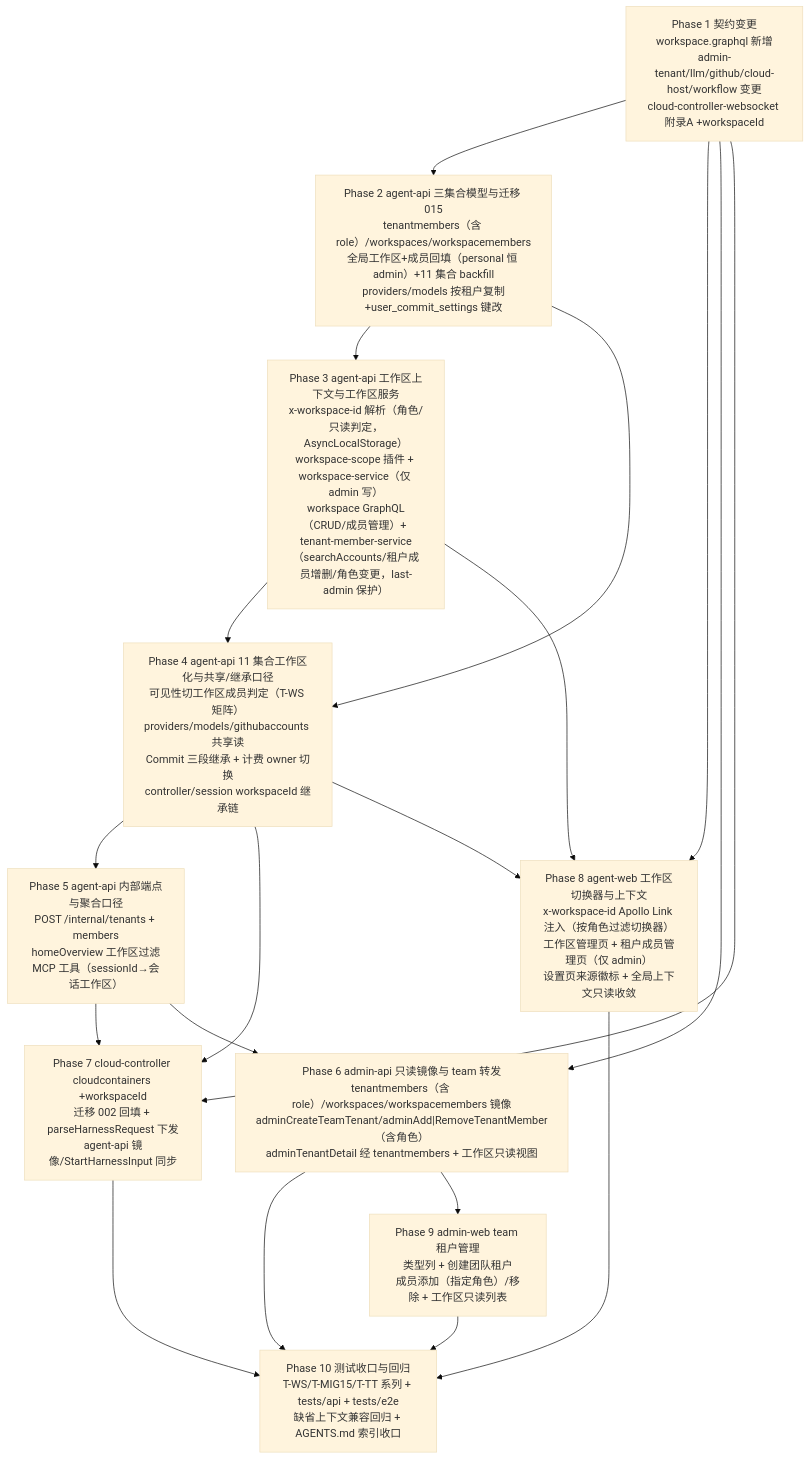
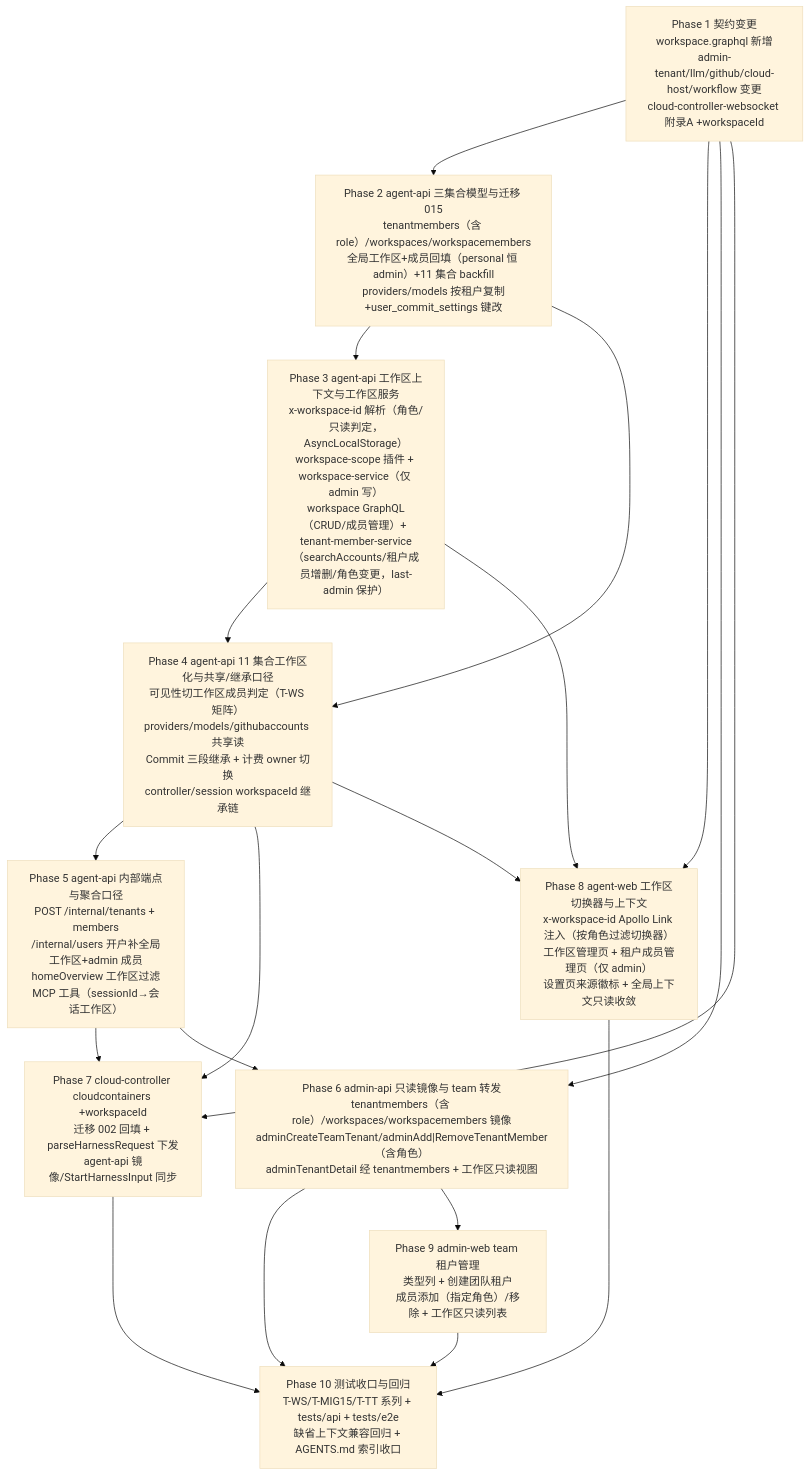
The diagram in docs/engineering/plan/20261028-feat-multi-tenant-phase2.md (Deliay/z-agent-gear), drawn with Mermaid (base theme) before and after one commit. The commit also changed other lines of this file and 1 other file, not shown here.

Commit message:
docs(plan): 多租户二期实现计划 v1.2——补强新开户运行时初始化（全局工作区+admin 成员）、providers/models 无 scope 行同口径复制、成员/角色变更审计留痕、失效工作区前端回退

````diff
--- a/docs/engineering/plan/20261028-feat-multi-tenant-phase2.md
+++ b/docs/engineering/plan/20261028-feat-multi-tenant-phase2.md
@@ -22,22 +23,22 @@
 ```mermaid
 flowchart TD
     P1["Phase 1 契约变更<br/>workspace.graphql 新增<br/>admin-tenant/llm/github/cloud-host/workflow 变更<br/>cloud-controller-websocket 附录A +workspaceId"] --> P2
     P1 --> P8
     P2["Phase 2 agent-api 三集合模型与迁移 015<br/>tenantmembers（含 role）/workspaces/workspacemembers<br/>全局工作区+成员回填（personal 恒 admin）+11 集合 backfill<br/>providers/models 按租户复制+user_commit_settings 键改"] --> P3
     P2 --> P4
     P3["Phase 3 agent-api 工作区上下文与工作区服务<br/>x-workspace-id 解析（角色/只读判定，AsyncLocalStorage）<br/>workspace-scope 插件 + workspace-service（仅 admin 写）<br/>workspace GraphQL（CRUD/成员管理）+ tenant-member-service<br/>（searchAccounts/租户成员增删/角色变更，last-admin 保护）"] --> P4
     P4["Phase 4 agent-api 11 集合工作区化与共享/继承口径<br/>可见性切工作区成员判定（T-WS 矩阵）<br/>providers/models/githubaccounts 共享读<br/>Commit 三段继承 + 计费 owner 切换<br/>controller/session workspaceId 继承链"] --> P5
-    P5["Phase 5 agent-api 内部端点与聚合口径<br/>POST /internal/tenants + members<br/>homeOverview 工作区过滤<br/>MCP 工具（sessionId→会话工作区）"] --> P7
+    P5["Phase 5 agent-api 内部端点与聚合口径<br/>POST /internal/tenants + members<br/>/internal/users 开户补全局工作区+admin 成员<br/>homeOverview 工作区过滤<br/>MCP 工具（sessionId→会话工作区）"] --> P7
     P1 --> P6
     P5 --> P6
     P6["Phase 6 admin-api 只读镜像与 team 转发<br/>tenantmembers（含 role）/workspaces/workspacemembers 镜像<br/>adminCreateTeamTenant/adminAdd|RemoveTenantMember（含角色）<br/>adminTenantDetail 经 tenantmembers + 工作区只读视图"] --> P10
     P1 --> P7
     P4 --> P7
     P7["Phase 7 cloud-controller cloudcontainers +workspaceId<br/>迁移 002 回填 + parseHarnessRequest 下发<br/>agent-api 镜像/StartHarnessInput 同步"] --> P10
     P3 --> P8
     P4 --> P8
     P8["Phase 8 agent-web 工作区切换器与上下文<br/>x-workspace-id Apollo Link 注入（按角色过滤切换器）<br/>工作区管理页 + 租户成员管理页（仅 admin）<br/>设置页来源徽标 + 全局上下文只读收敛"] --> P10
     P6 --> P9
     P9["Phase 9 admin-web team 租户管理<br/>类型列 + 创建团队租户<br/>成员添加（指定角色）/移除 + 工作区只读列表"] --> P10
     P10["Phase 10 测试收口与回归<br/>T-WS/T-MIG15/T-TT 系列 + tests/api + tests/e2e<br/>缺省上下文兼容回归 + AGENTS.md 索引收口"]
 ```
````
